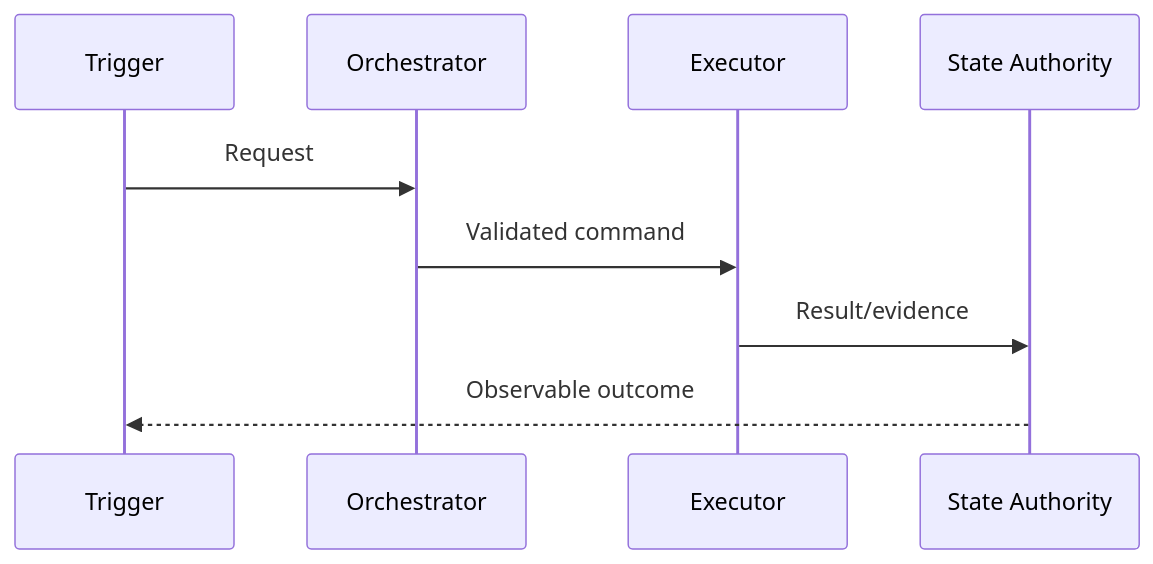
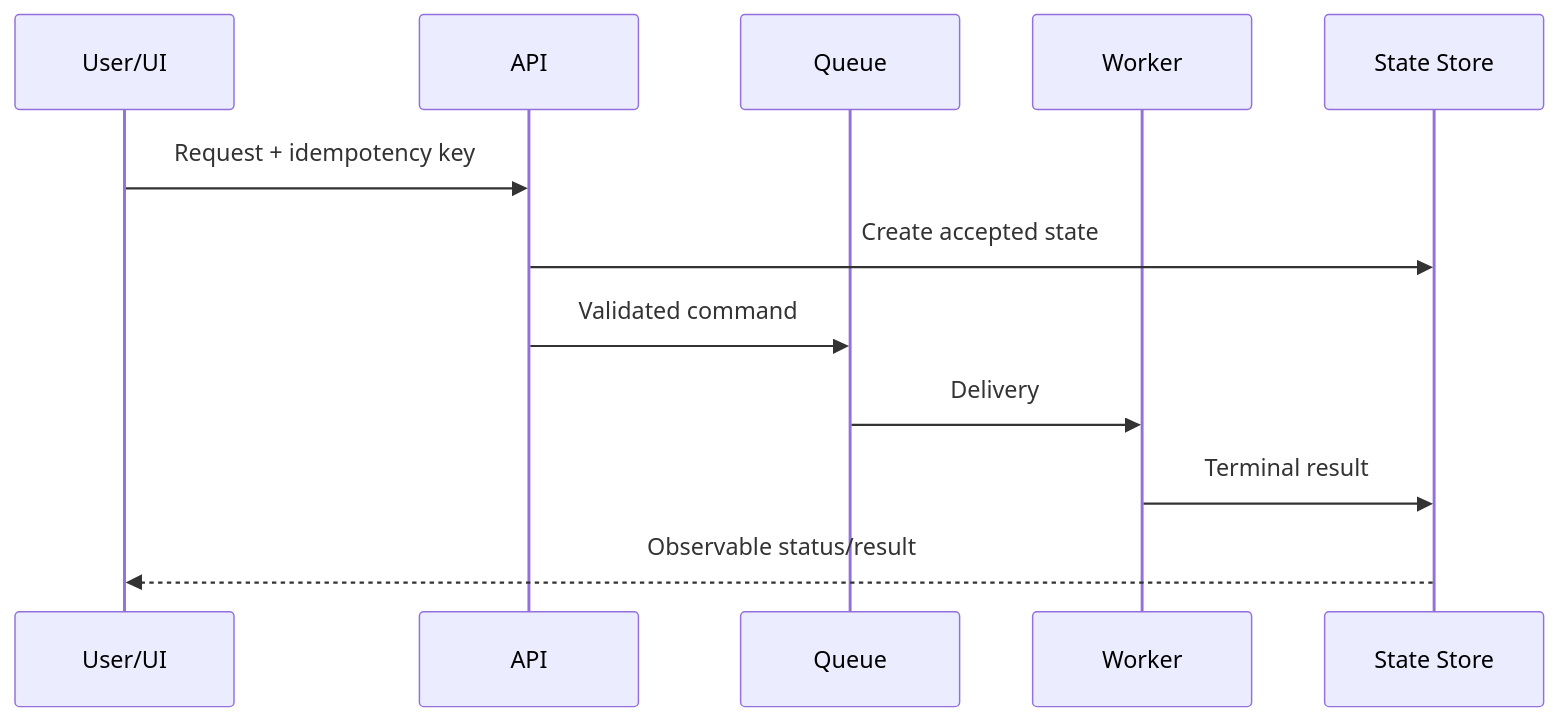
One commit to corezilla/STD changed the diagram in templates/design/system-mechanism-design.md. Above: the diagram before and after it, drawn with Mermaid. The commit also changed other lines of this file and 13 other files, not shown here.

````diff
--- a/templates/design/system-mechanism-design.md
+++ b/templates/design/system-mechanism-design.md
@@ -139,11 +63,14 @@
 ```mermaid
 sequenceDiagram
-    participant T as Trigger
-    participant O as Orchestrator
-    participant E as Executor
-    participant S as State Authority
-    T->>O: Request
-    O->>E: Validated command
-    E->>S: Result/evidence
-    S-->>T: Observable outcome
+    participant U as User/UI
+    participant A as API
+    participant Q as Queue
+    participant W as Worker
+    participant S as State Store
+    U->>A: Request + idempotency key
+    A->>S: Create accepted state
+    A->>Q: Validated command
+    Q->>W: Delivery
+    W->>S: Terminal result
+    S-->>U: Observable status/result
 ```
````
